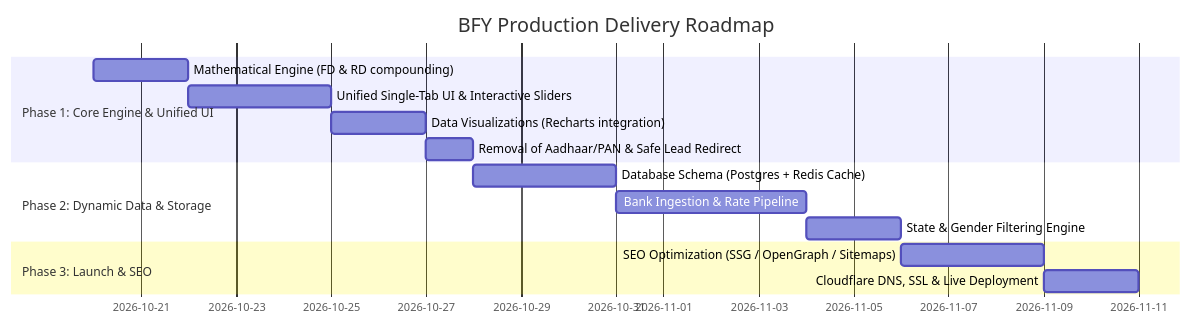
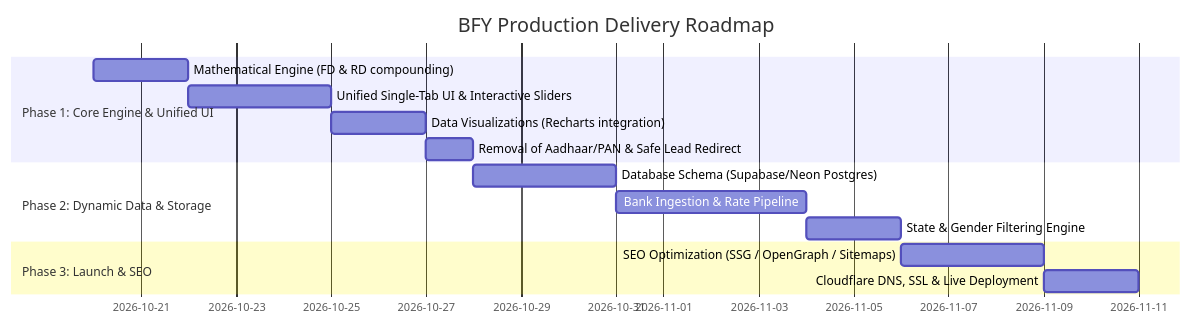
The diagram in context.md (veerendrageddam/Bharat-Fixed-Yield), drawn with Mermaid before and after one commit. The commit also changed other lines of this file, not shown here.

Commit message:
docs: update production tech stack and architectural rationale in context.md

````diff
--- a/context.md
+++ b/context.md
@@ -153,17 +198,17 @@
 ```mermaid
 gantt
     title BFY Production Delivery Roadmap
     dateFormat  YYYY-MM-DD
     section Phase 1: Core Engine & Unified UI
     Mathematical Engine (FD & RD compounding) :p1_1, 2026-10-20, 2d
     Unified Single-Tab UI & Interactive Sliders :p1_2, after p1_1, 3d
     Data Visualizations (Recharts integration) :p1_3, after p1_2, 2d
     Removal of Aadhaar/PAN & Safe Lead Redirect:p1_4, after p1_3, 1d
     section Phase 2: Dynamic Data & Storage
-    Database Schema (Postgres + Redis Cache)  :p2_1, after p1_4, 3d
+    Database Schema (Supabase/Neon Postgres)  :p2_1, after p1_4, 3d
     Bank Ingestion & Rate Pipeline            :p2_2, after p2_1, 4d
     State & Gender Filtering Engine           :p2_3, after p2_2, 2d
     section Phase 3: Launch & SEO
     SEO Optimization (SSG / OpenGraph / Sitemaps):p3_1, after p2_3, 3d
     Cloudflare DNS, SSL & Live Deployment     :p3_2, after p3_1, 2d
 ```
````
